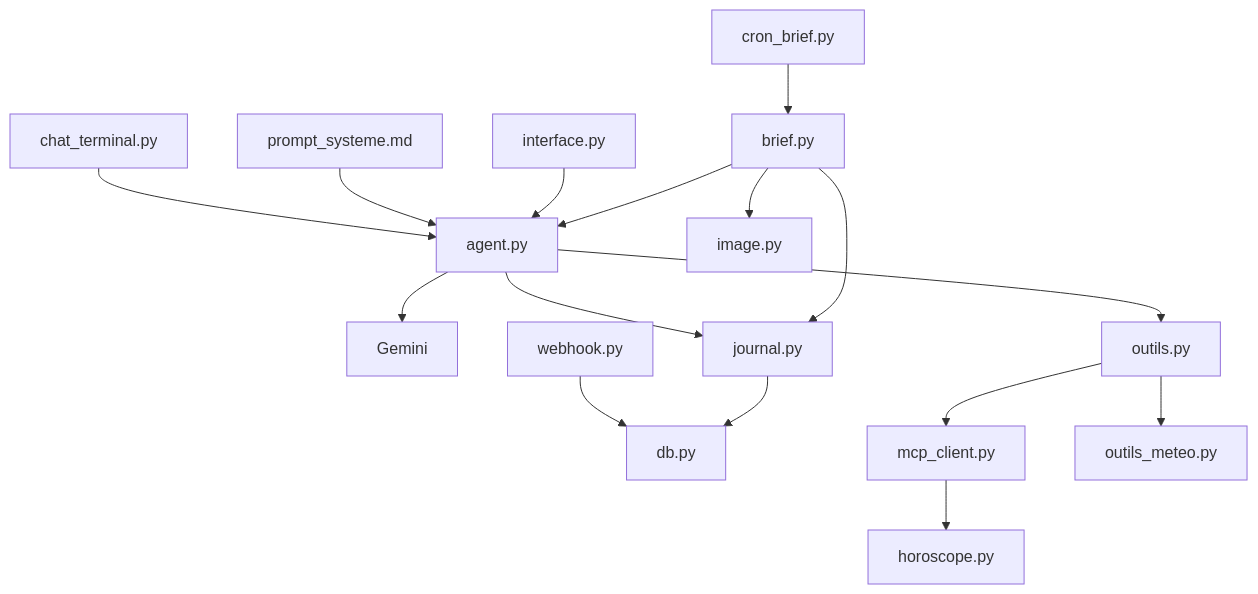
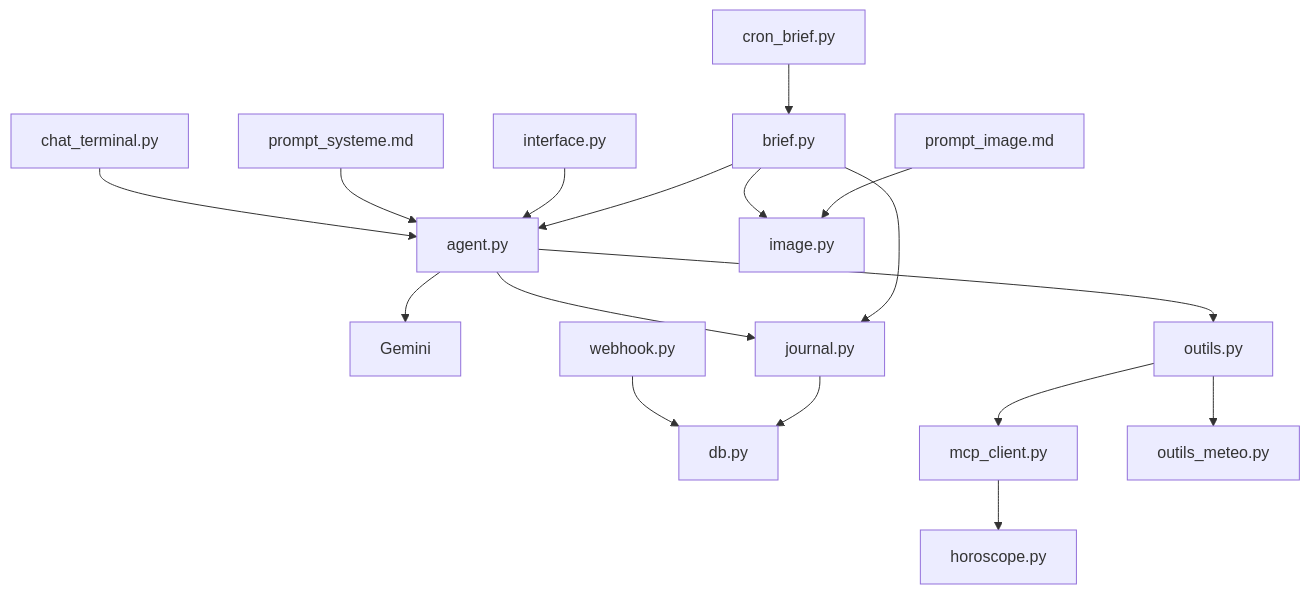
Diagram 40 of 44 in tuto-goodvibe-vibecoding.md (lecinquiemejour-code/goodvibe-tuto), drawn with Mermaid before and after one commit. The commit also changed other lines of this file, not shown here.

First line of the commit message:
docs(tuto): la consigne du prompt visuel vit dans prompt_image.md, comme le prompt système (fiche 10)

````diff
--- a/tuto-goodvibe-vibecoding.md
+++ b/tuto-goodvibe-vibecoding.md
@@ -1757,12 +1759,13 @@
 ```mermaid
 flowchart TD
     CHAT["chat_terminal.py"] --> AG["agent.py"] --> GEM["Gemini"]
     PS["prompt_systeme.md"] --> AG
     WEB["interface.py"] --> AG
     CRON["cron_brief.py"] --> BR["brief.py"] --> AG
     WH["webhook.py"] --> DB["db.py"]
     AG --> OUT["outils.py"] --> MCP["mcp_client.py"] & MET["outils_meteo.py"]
     MCP --> HOR["horoscope.py"]
     BR --> IMG["image.py"]
+    PI["prompt_image.md"] --> IMG
     AG & BR --> JR["journal.py"] --> DB
 ```
````
